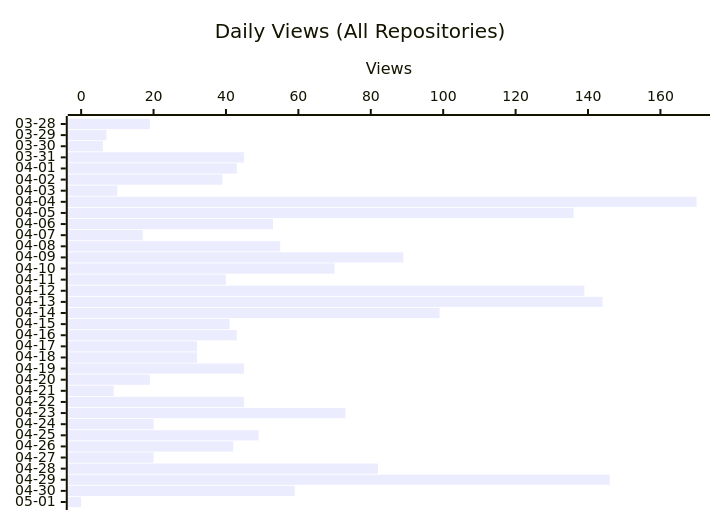
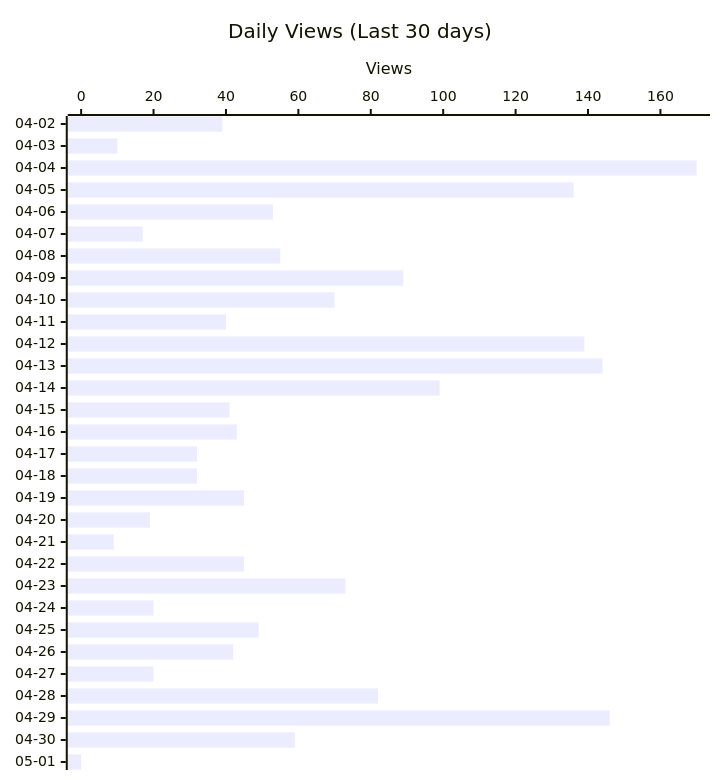
One commit to shigechika/github-insights changed the second of 3 diagrams in README.md. Above: the diagram before and after it, drawn with Mermaid. The commit also changed 1 other file, not shown here.

Commit message:
fix: keep Daily Views chart readable with a 30-day window and adaptive height
The Daily Views chart squished vertically as history accumulated: every
day was packed into a fixed-height horizontal bar chart, so bars grew
ever thinner. Window the chart to the most recent 30 days and scale its
height to the bar count (~23px each) so each day's bar stays legible.

Regenerating the README also reflects the Repositories table sort by
combined traffic (PR #18) for the first time.

````diff
--- a/README.md
+++ b/README.md
@@ -28,7 +28,12 @@
 ```mermaid
+---
+config:
+  xyChart:
+    height: 760
+---
 xychart-beta horizontal
-    title "Daily Views (All Repositories)"
-    x-axis ["03-28", "03-29", "03-30", "03-31", "04-01", "04-02", "04-03", "04-04", "04-05", "04-06", "04-07", "04-08", "04-09", "04-10", "04-11", "04-12", "04-13", "04-14", "04-15", "04-16", "04-17", "04-18", "04-19", "04-20", "04-21", "04-22", "04-23", "04-24", "04-25", "04-26", "04-27", "04-28", "04-29", "04-30", "05-01"]
+    title "Daily Views (Last 30 days)"
+    x-axis ["04-02", "04-03", "04-04", "04-05", "04-06", "04-07", "04-08", "04-09", "04-10", "04-11", "04-12", "04-13", "04-14", "04-15", "04-16", "04-17", "04-18", "04-19", "04-20", "04-21", "04-22", "04-23", "04-24", "04-25", "04-26", "04-27", "04-28", "04-29", "04-30", "05-01"]
     y-axis "Views"
-    bar [19, 7, 6, 45, 43, 39, 10, 170, 136, 53, 17, 55, 89, 70, 40, 139, 144, 99, 41, 43, 32, 32, 45, 19, 9, 45, 73, 20, 49, 42, 20, 82, 146, 59, 0]
+    bar [39, 10, 170, 136, 53, 17, 55, 89, 70, 40, 139, 144, 99, 41, 43, 32, 32, 45, 19, 9, 45, 73, 20, 49, 42, 20, 82, 146, 59, 0]
 ```
````
